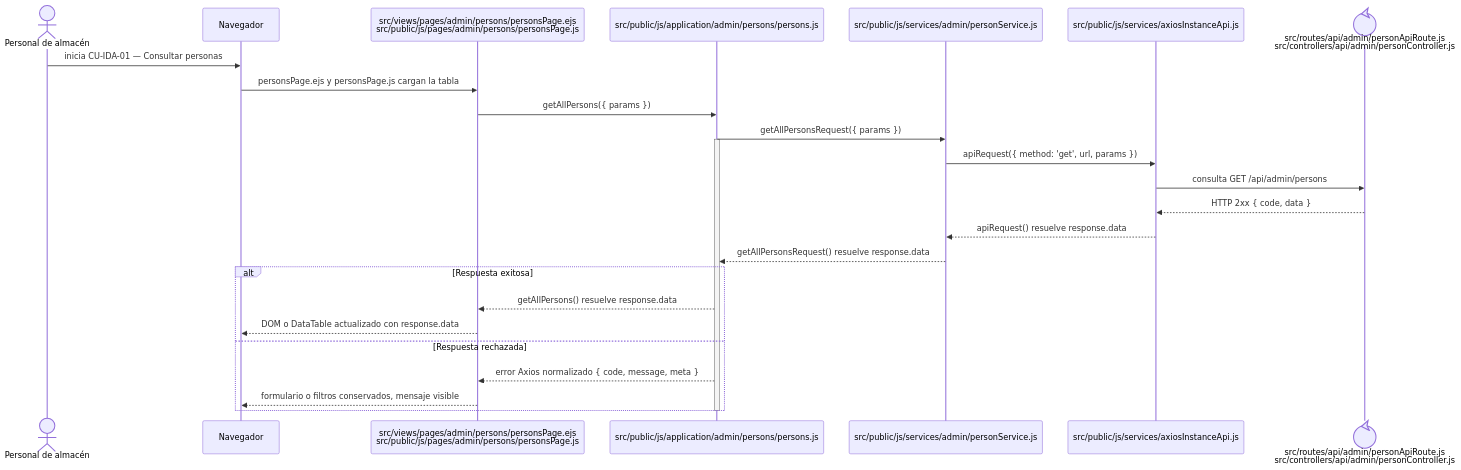
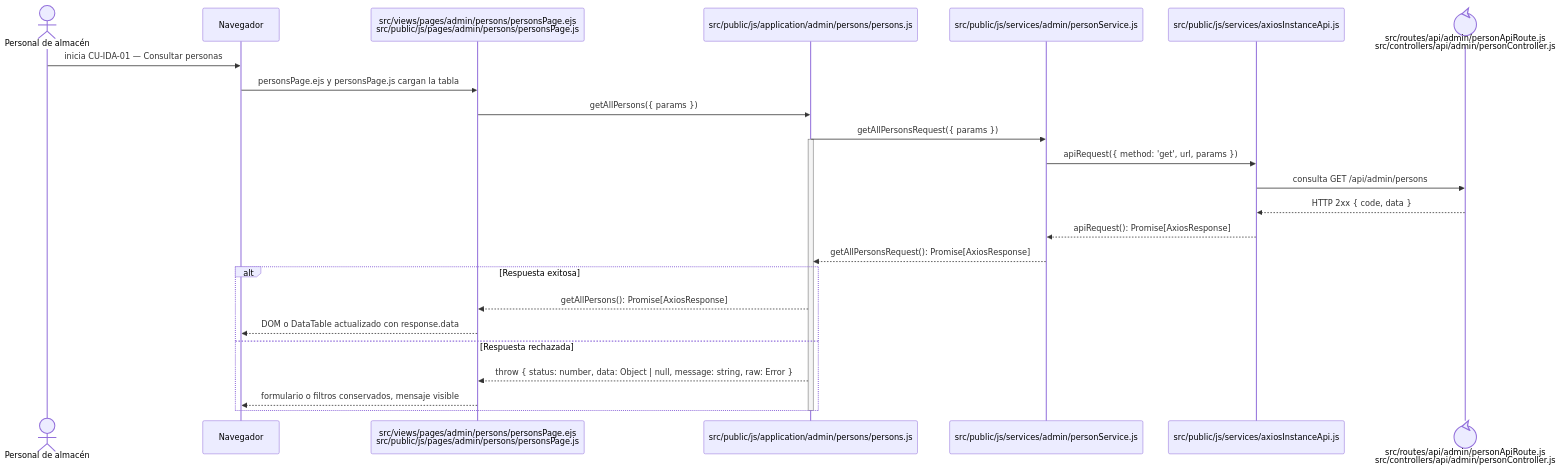
Before and after one commit to gpgsistemas01/nexus: the diagram in docs/architecture/frontend-code-sequences/identity-access/cu-ida-01.md, drawn with Mermaid. The commit also changed 146 other files, not shown here.

````diff
--- a/docs/architecture/frontend-code-sequences/identity-access/cu-ida-01.md
+++ b/docs/architecture/frontend-code-sequences/identity-access/cu-ida-01.md
@@ -6,29 +6,29 @@
 ```mermaid
 sequenceDiagram
     actor Initiator as Personal de almacén
     participant Browser as Navegador
     participant View as src/views/pages/admin/persons/personsPage.ejs<br/>src/public/js/pages/admin/persons/personsPage.js
     participant Application as src/public/js/application/admin/persons/persons.js
     participant Request as src/public/js/services/admin/personService.js
     participant HTTP as src/public/js/services/axiosInstanceApi.js
     participant Transport@{ "type": "control" } as src/routes/api/admin/personApiRoute.js<br/>src/controllers/api/admin/personController.js
 
     Initiator->>Browser: inicia CU-IDA-01 — Consultar personas
     Browser->>View: personsPage.ejs y personsPage.js cargan la tabla
     View->>Application: getAllPersons({ params })
     Application->>Request: getAllPersonsRequest({ params })
     activate Application
     Request->>HTTP: apiRequest({ method: 'get', url, params })
     HTTP->>Transport: consulta GET /api/admin/persons
     Transport-->>HTTP: HTTP 2xx { code, data }
-    HTTP-->>Request: apiRequest() resuelve response.data
-    Request-->>Application: getAllPersonsRequest() resuelve response.data
+    HTTP-->>Request: apiRequest(): Promise[AxiosResponse]
+    Request-->>Application: getAllPersonsRequest(): Promise[AxiosResponse]
     alt Respuesta exitosa
-        Application-->>View: getAllPersons() resuelve response.data
+        Application-->>View: getAllPersons(): Promise[AxiosResponse]
         View-->>Browser: DOM o DataTable actualizado con response.data
     else Respuesta rechazada
-        Application-->>View: error Axios normalizado { code, message, meta }
+        Application-->>View: throw { status: number, data: Object | null, message: string, raw: Error }
         View-->>Browser: formulario o filtros conservados, mensaje visible
     end
     deactivate Application
 ```
````
